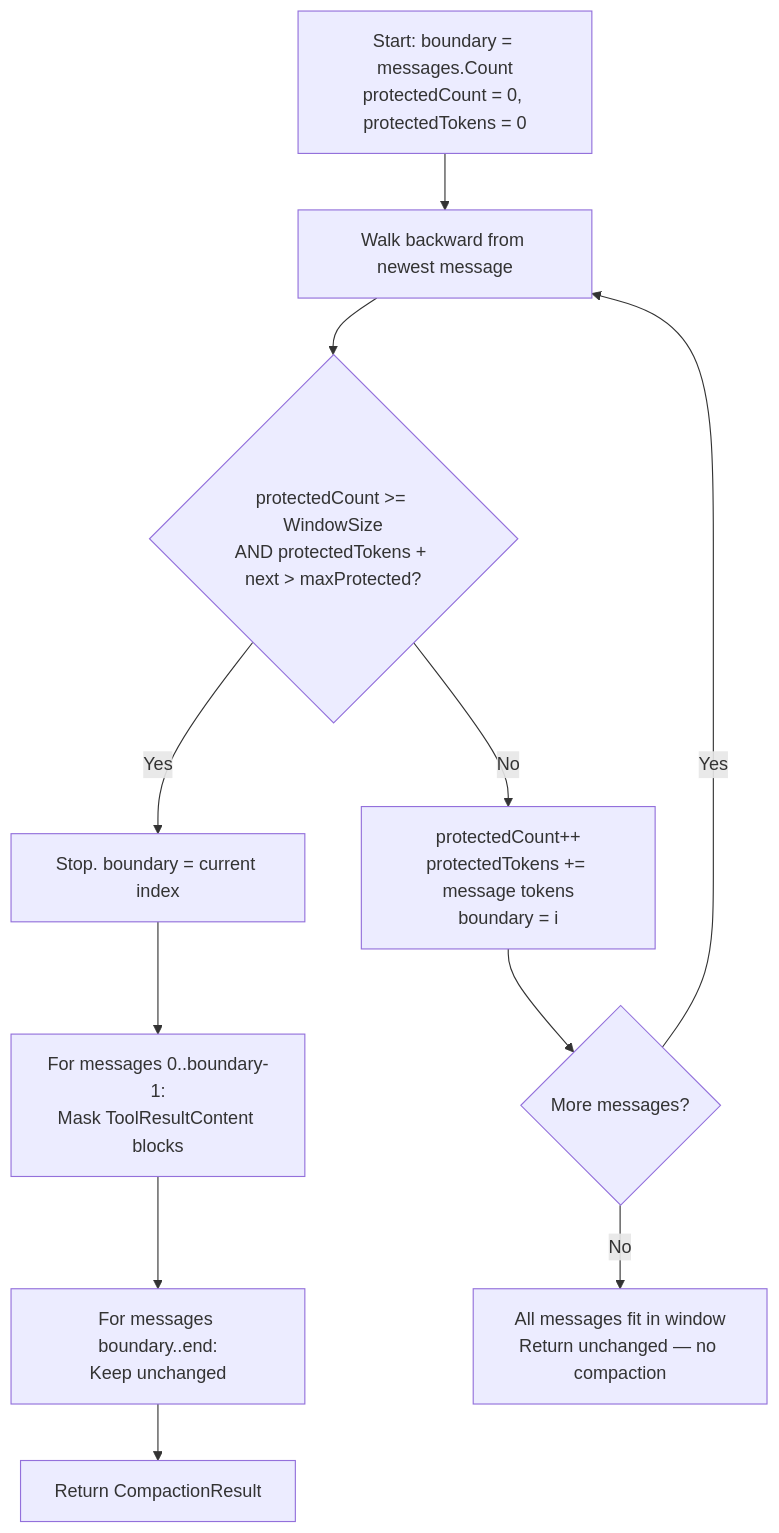
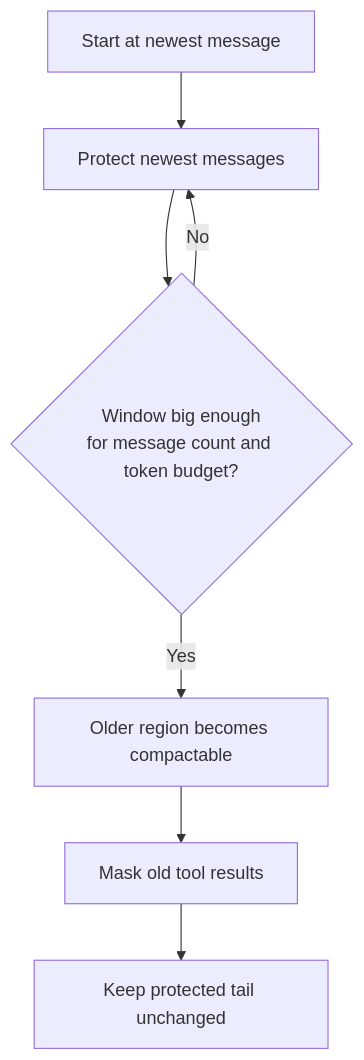
The fourth of 6 diagrams in docs/deep-dive/context-management.md (svetstoykov/TokenGuard), drawn with Mermaid before and after one commit. The commit also changed other lines of this file, not shown here.

Commit message:
Update `context-management` documentation with enhanced examples, improved diagrams, and reference to JetBrains' write-up for deeper context. Simplify visual explanations for compaction strategies.

````diff
--- a/docs/deep-dive/context-management.md
+++ b/docs/deep-dive/context-management.md
@@ -183,13 +183,9 @@
 ```mermaid
 flowchart TD
-    A[Start: boundary = messages.Count\nprotectedCount = 0, protectedTokens = 0] --> B[Walk backward from newest message]
-    B --> C{protectedCount >= WindowSize\nAND protectedTokens + next > maxProtected?}
-    C -- Yes --> D[Stop. boundary = current index]
-    C -- No --> E[protectedCount++\nprotectedTokens += message tokens\nboundary = i]
-    E --> F{More messages?}
-    F -- Yes --> B
-    F -- No --> G[All messages fit in window\nReturn unchanged — no compaction]
-    D --> H[For messages 0..boundary-1:\nMask ToolResultContent blocks]
-    H --> I[For messages boundary..end:\nKeep unchanged]
-    I --> J[Return CompactionResult]
+    A[Start at newest message] --> B[Protect newest messages]
+    B --> C{Window big enough\nfor message count and token budget?}
+    C -- No --> B
+    C -- Yes --> D[Older region becomes compactable]
+    D --> E[Mask old tool results]
+    E --> F[Keep protected tail unchanged]
 ```
````
